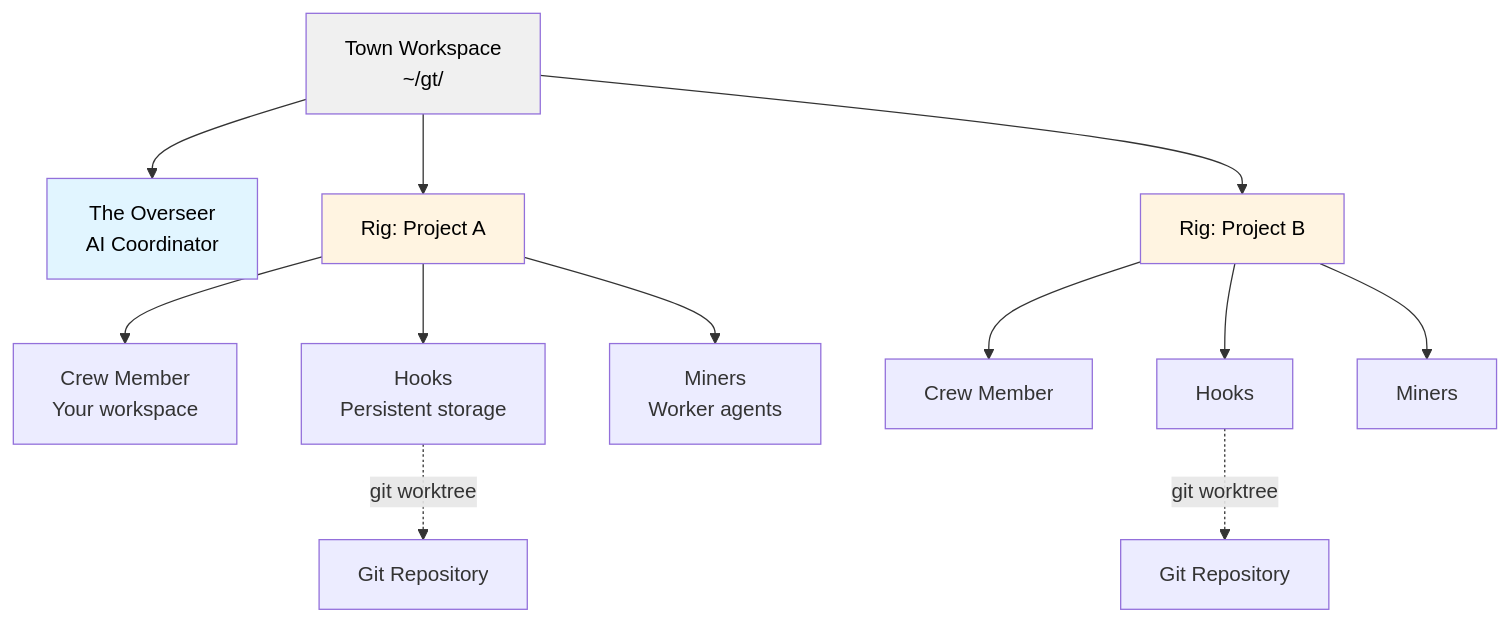
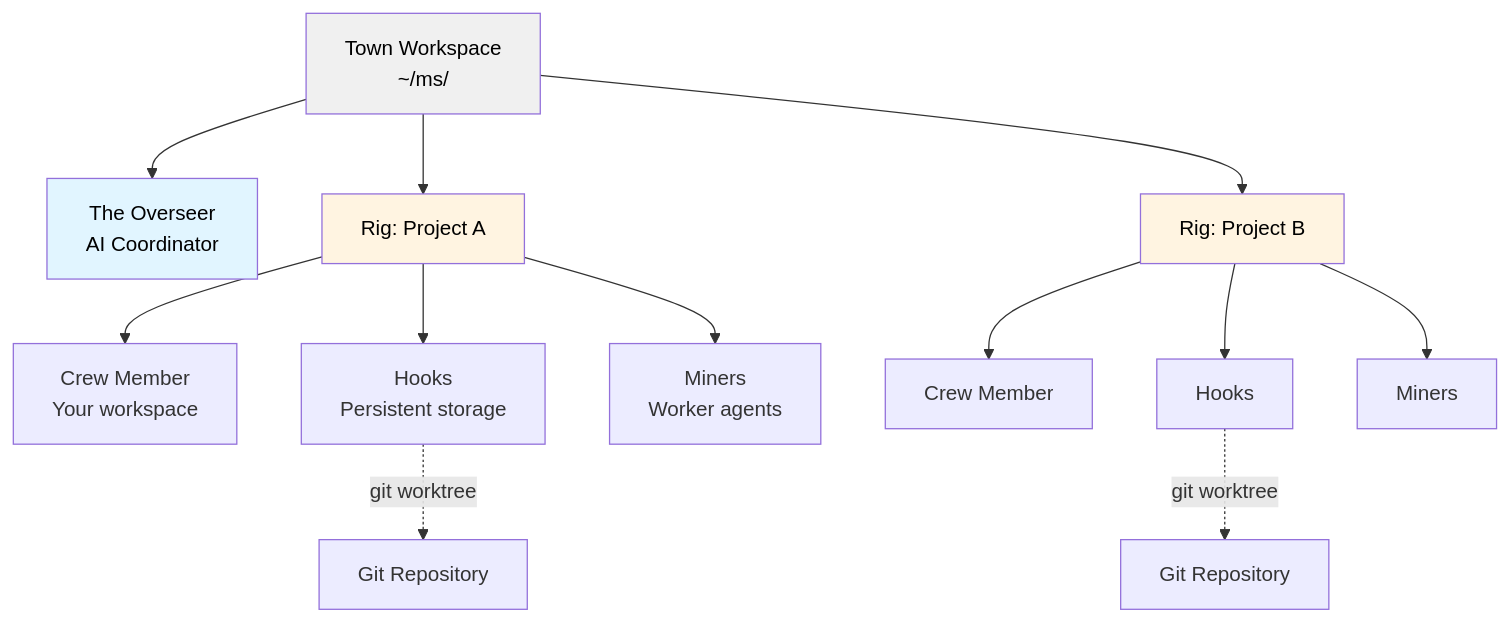
The first of 4 diagrams in README.md (Braoden/Mineshaft), drawn with Mermaid before and after one commit. The commit also changed other lines of this file and 1050 other files, not shown here.

````diff
--- a/README.md
+++ b/README.md
@@ -20,25 +20,25 @@
 ```mermaid
 graph TB
     Overseer[The Overseer<br/>AI Coordinator]
-    Town[Town Workspace<br/>~/gt/]
+    Town[Town Workspace<br/>~/ms/]
 
     Town --> Overseer
     Town --> Rig1[Rig: Project A]
     Town --> Rig2[Rig: Project B]
 
     Rig1 --> Crew1[Crew Member<br/>Your workspace]
     Rig1 --> Hooks1[Hooks<br/>Persistent storage]
     Rig1 --> Miners1[Miners<br/>Worker agents]
 
     Rig2 --> Crew2[Crew Member]
     Rig2 --> Hooks2[Hooks]
     Rig2 --> Miners2[Miners]
 
     Hooks1 -.git worktree.-> GitRepo1[Git Repository]
     Hooks2 -.git worktree.-> GitRepo2[Git Repository]
 
     style Overseer fill:#e1f5ff,color:#000000
     style Town fill:#f0f0f0,color:#000000
     style Rig1 fill:#fff4e1,color:#000000
     style Rig2 fill:#fff4e1,color:#000000
 ```
````
